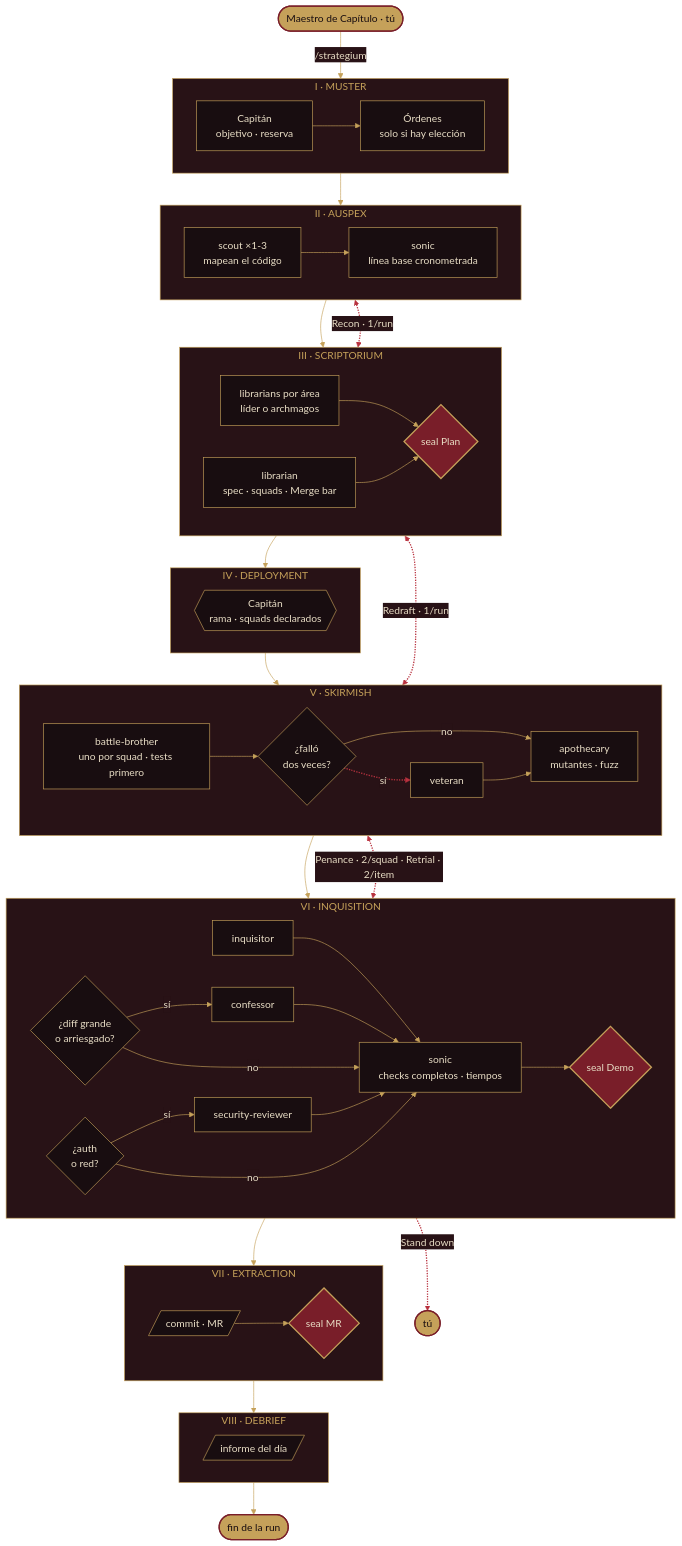
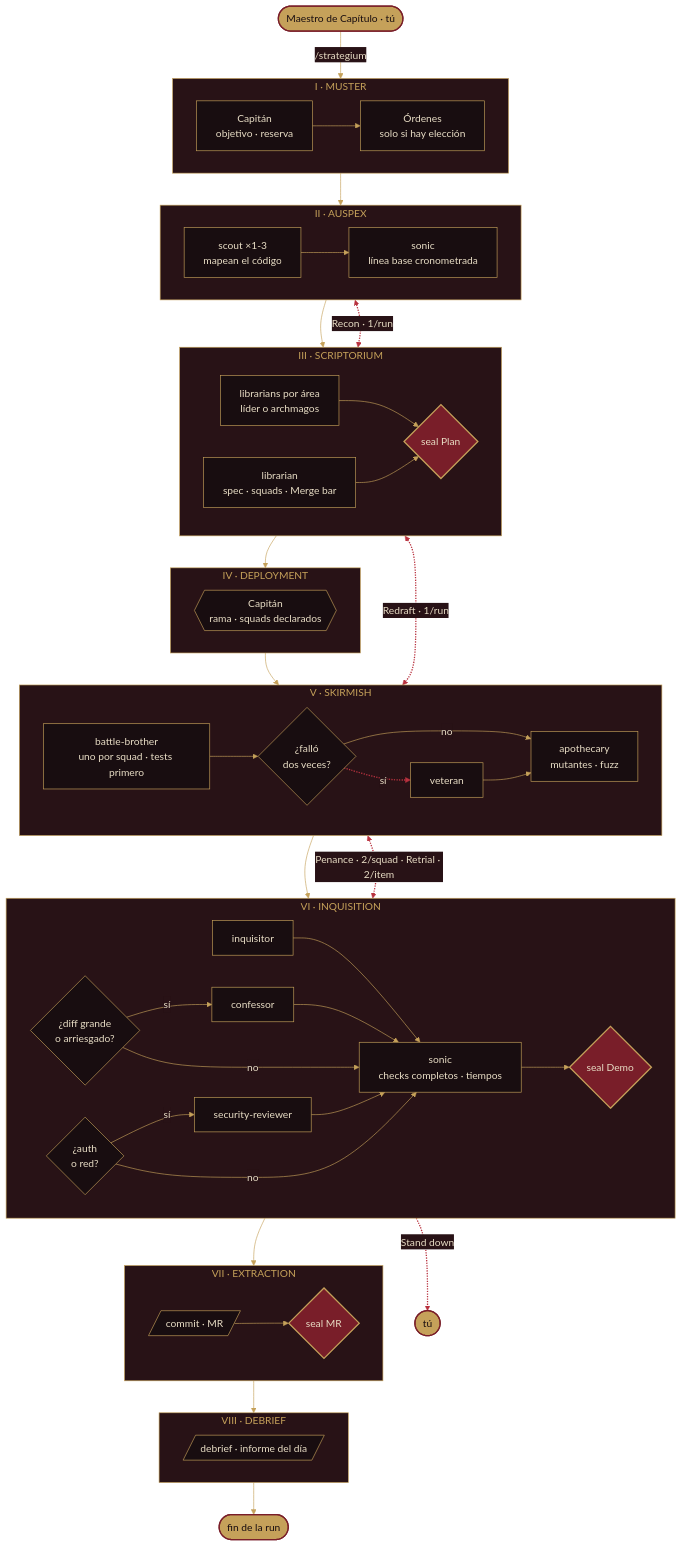
Before and after one commit to frandev94/strategium: the diagram in README.es.md, drawn with Mermaid. The commit also changed other lines of this file and 2 other files, not shown here.

First line of the commit message:
docs(cockpit): describe the Debrief report

````diff
--- a/README.es.md
+++ b/README.es.md
@@ -46,66 +46,66 @@
 ```mermaid
 %%{init: {"theme": "base", "themeVariables": {"lineColor": "#C5A15A", "edgeLabelBackground": "#281216", "textColor": "#E8DDC5", "fontFamily": "Georgia, serif"}}}%%
 flowchart TB
   U(["Maestro de Capítulo · tú"]) -->|"/strategium"| muster
 
   subgraph muster["I · MUSTER"]
     direction LR
     M["Capitán<br/>objetivo · reserva"] --> S0["Órdenes<br/>solo si hay elección"]
   end
   subgraph auspex["II · AUSPEX"]
     direction LR
     A1["scout ×1-3<br/>mapean el código"] --> A2["sonic<br/>línea base cronometrada"]
   end
   subgraph scriptorium["III · SCRIPTORIUM"]
     direction LR
     L2["librarians por área<br/>líder o archmagos"] --> SP{"seal Plan"}
     L1["librarian<br/>spec · squads · Merge bar"] --> SP
   end
   subgraph deployment["IV · DEPLOYMENT"]
     direction LR
     D{{"Capitán<br/>rama · squads declarados"}}
   end
   subgraph skirmish["V · SKIRMISH"]
     direction LR
     B1["battle-brother<br/>uno por squad · tests primero"] --> BF{"¿falló<br/>dos veces?"}
     BF -->|"no"| B3["apothecary<br/>mutantes · fuzz"]
     BF -.->|"sí"| B2["veteran"] --> B3
   end
   subgraph inquisition["VI · INQUISITION"]
     direction LR
     Q1["inquisitor"] --> Q4["sonic<br/>checks completos · tiempos"]
     QF{"¿diff grande<br/>o arriesgado?"} -->|"sí"| Q2["confessor"] --> Q4
     QF -->|"no"| Q4
     QS{"¿auth<br/>o red?"} -->|"sí"| Q3["security-reviewer"] --> Q4
     QS -->|"no"| Q4
     Q4 --> SU{"seal Demo"}
   end
   subgraph extraction["VII · EXTRACTION"]
     direction LR
     X[/"commit · MR"/] --> SM{"seal MR"}
   end
   subgraph debrief["VIII · DEBRIEF"]
     direction LR
-    F[/"informe del día"/]
+    F[/"debrief · informe del día"/]
   end
 
   muster --> auspex --> scriptorium --> deployment --> skirmish --> inquisition --> extraction --> debrief --> E(["fin de la run"])
 
   auspex <-.->|"Recon · 1/run"| scriptorium
   scriptorium <-.->|"Redraft · 1/run"| skirmish
   skirmish <-.->|"Penance · 2/squad · Retrial · 2/item"| inquisition
   inquisition -.->|"Stand down"| Y(["tú"])
 
   classDef agent fill:#180D10,stroke:#C5A15A,color:#E8DDC5
   classDef seal fill:#791E29,stroke:#C5A15A,stroke-width:2px,color:#E8DDC5
   classDef you fill:#C5A15A,stroke:#791E29,stroke-width:2px,color:#180D10
   classDef station fill:#281216,stroke:#C5A15A,color:#C5A15A
   class M,S0,A1,A2,L1,L2,D,B1,B2,B3,Q1,Q2,Q3,Q4,X,F agent
   class SP,SU,SM seal
   class BF,QF,QS agent
   class U,E,Y you
   class muster,auspex,scriptorium,deployment,skirmish,inquisition,extraction,debrief station
   linkStyle 0 stroke:#C5A15A,color:#E8DDC5
   linkStyle 6,10,12,13,15 color:#E8DDC5
   linkStyle 7,26,27,28,29 stroke:#B8323F,stroke-width:2px,color:#E8DDC5
 ```
````
